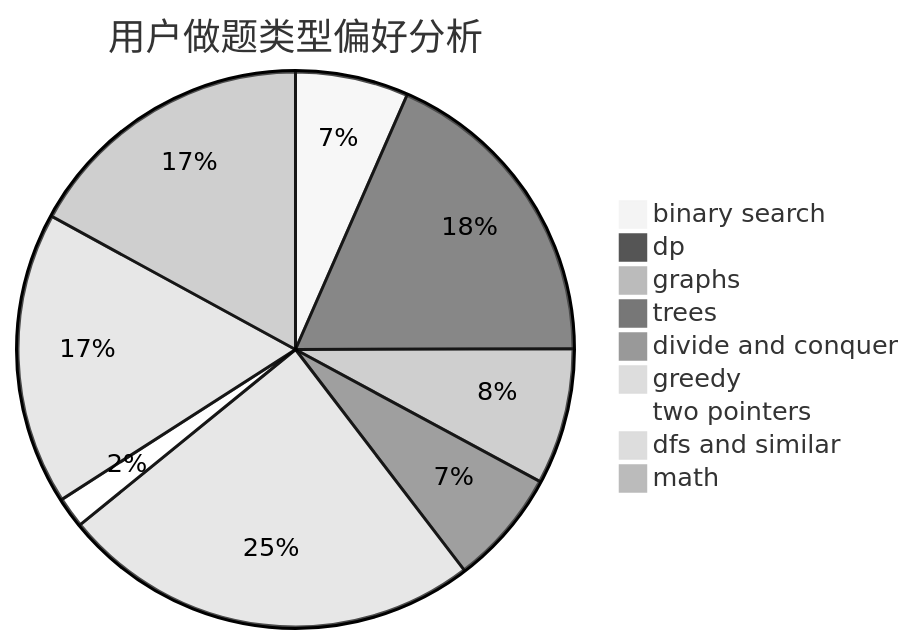
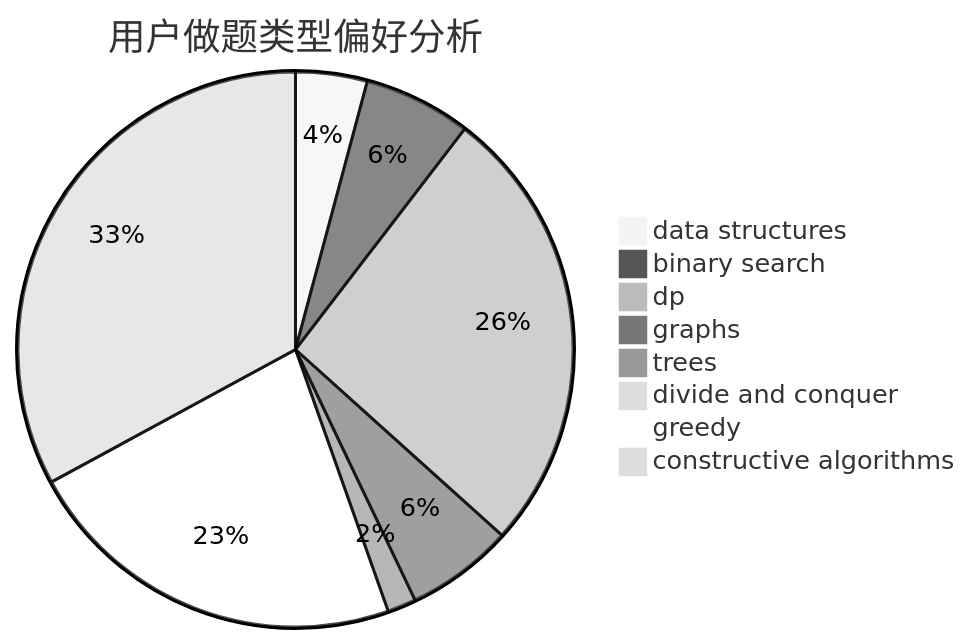
The second of 3 diagrams in docs/user/u49.md (sherpahu/cfrs.github.io), drawn with Mermaid (neutral theme) before and after one commit. The commit also changed other lines of this file and 2775 other files, not shown here.

````diff
--- a/docs/user/u49.md
+++ b/docs/user/u49.md
@@ -23,12 +23,11 @@
 ```mermaid
 pie title 用户做题类型偏好分析
-    "binary search" :  44
-    "dp" :  123
-    "graphs" :  53
-    "trees" :  45
+    "data structures" :  10
+    "binary search" :  15
+    "dp" :  63
+    "graphs" :  15
+    "trees" :  4
     "divide and conquer" :  0
-    "greedy" :  164
-    "two pointers" :  12
-    "dfs and similar" :  114
-    "math" :  114
+    "greedy" :  54
+    "constructive algorithms" :  79
 ```
````
